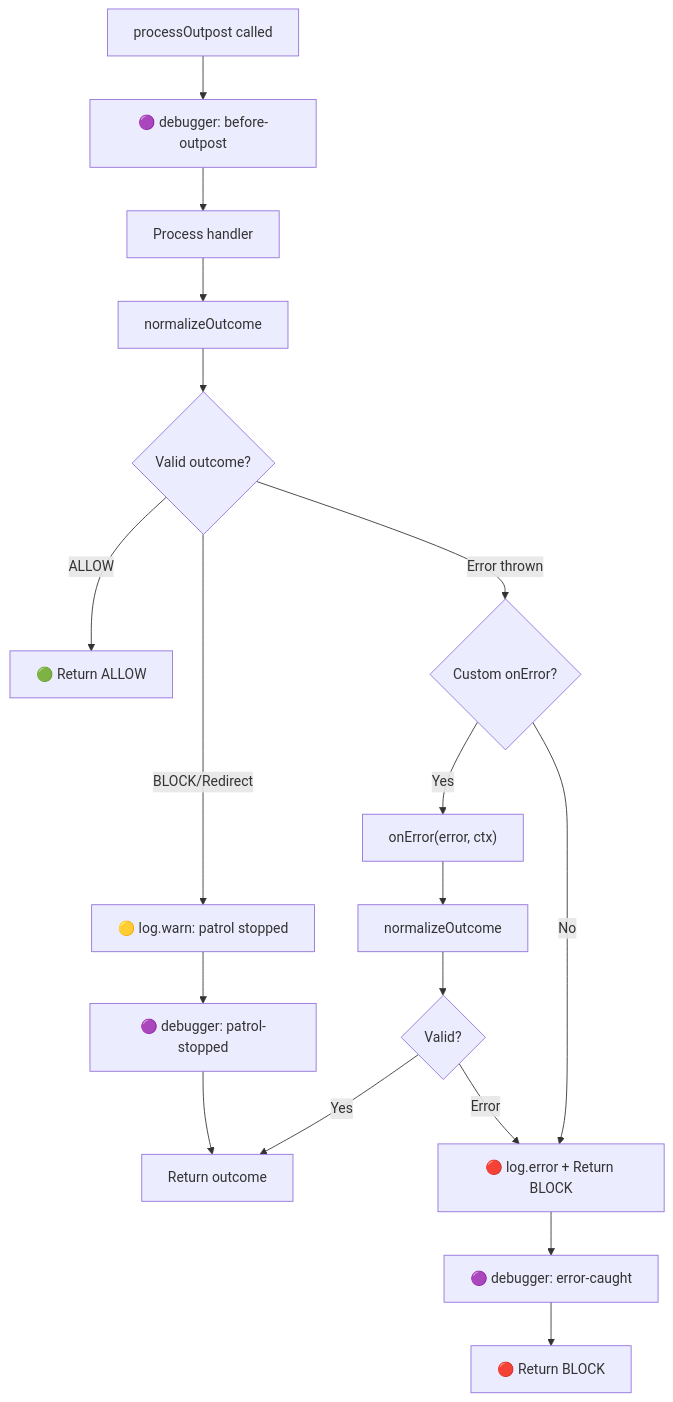
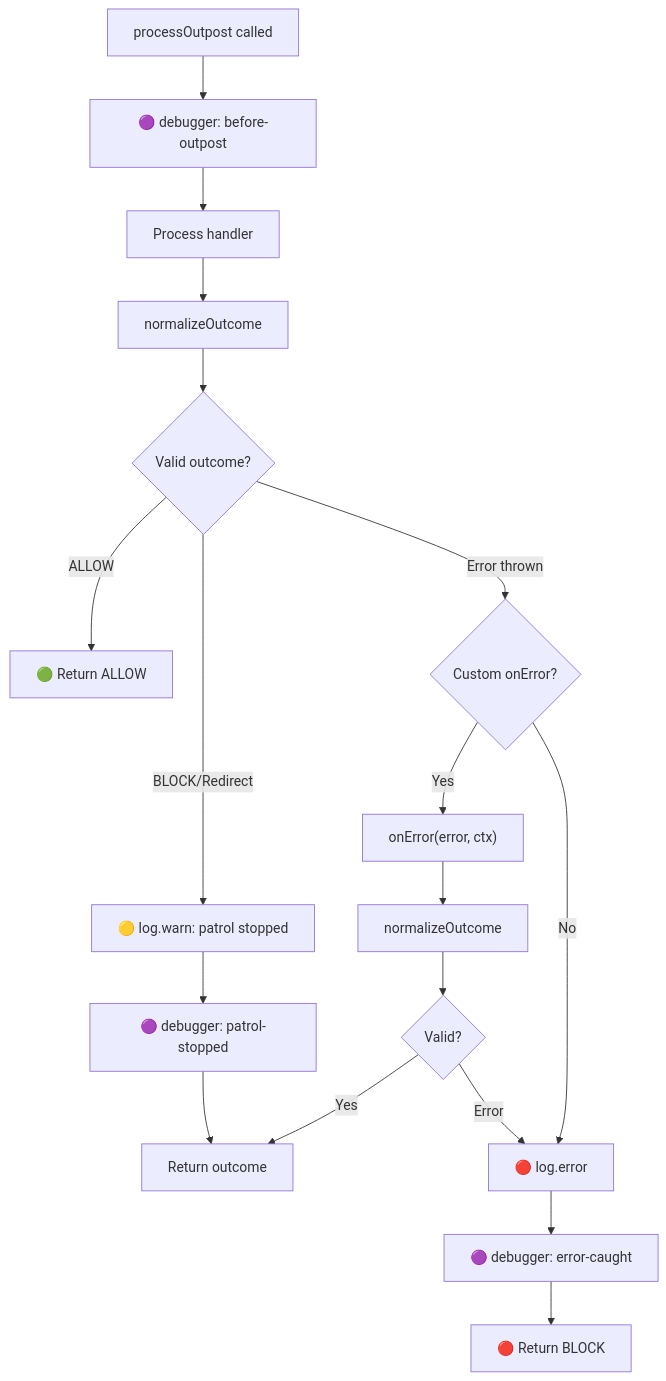
One commit to Kassaila/vue-router-citadel changed the seventh of 8 diagrams in docs/internals.md. Above: the diagram before and after it, drawn with Mermaid. The commit also changed other lines of this file and 1 other file, not shown here.

````diff
--- a/docs/internals.md
+++ b/docs/internals.md
@@ -339,26 +339,26 @@
 ```mermaid
 flowchart TD
     A[processOutpost called] --> DBG1[🟣 debugger: before-outpost]
     DBG1 --> B[Process handler]
 
     B --> C[normalizeOutcome]
     C --> D{Valid outcome?}
 
     D -->|ALLOW| E[🟢 Return ALLOW]
     D -->|BLOCK/Redirect| LOG1[🟡 log.warn: patrol stopped]
     LOG1 --> DBG2[🟣 debugger: patrol-stopped]
     DBG2 --> F[Return outcome]
 
     D -->|Error thrown| G{Custom onError?}
 
     G -->|Yes| H["onError(error, ctx)"]
-    G -->|No| LOG2[🔴 log.error + Return BLOCK]
+    G -->|No| LOG2[🔴 log.error]
 
     H --> I[normalizeOutcome]
     I --> J{Valid?}
     J -->|Yes| F
     J -->|Error| LOG2
 
     LOG2 --> DBG3[🟣 debugger: error-caught]
     DBG3 --> K[🔴 Return BLOCK]
 ```
````
